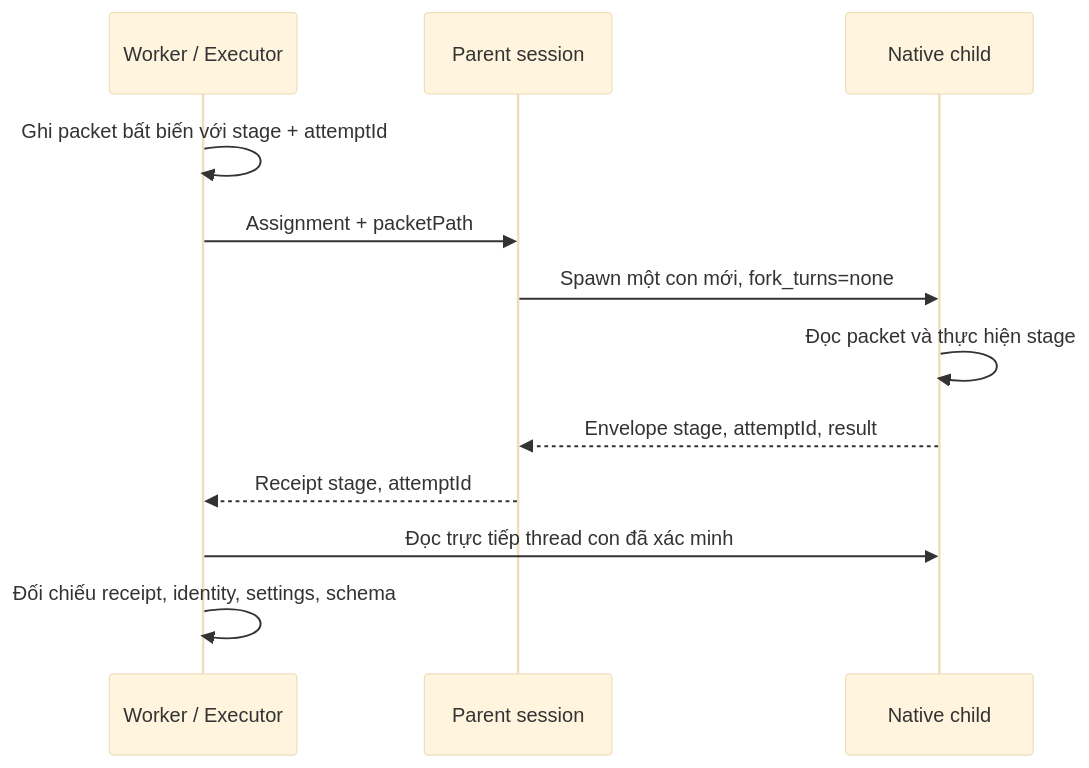
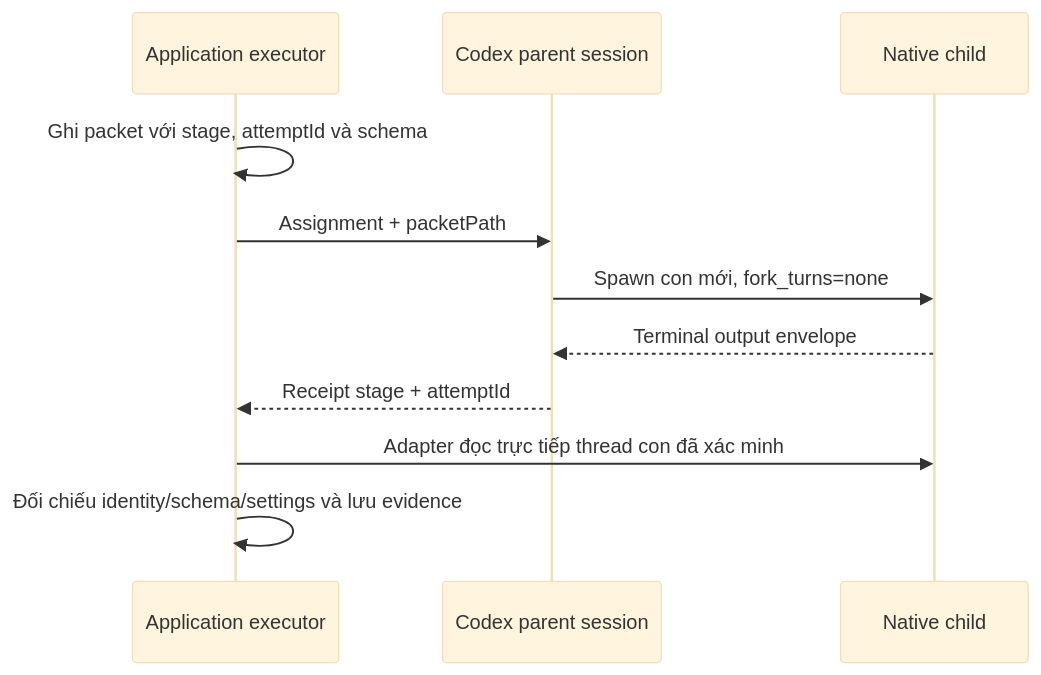
The second of 2 diagrams in docs/backend-architecture.md (anhkhoa1408/agent-harness-local), drawn with Mermaid (base theme) before and after one commit. The commit also changed other lines of this file and 283 other files, not shown here.

Commit message:
refactor: move pipeline and I/O behind clean architecture boundaries

````diff
--- a/docs/backend-architecture.md
+++ b/docs/backend-architecture.md
@@ -39,14 +32,13 @@
 ```mermaid
 sequenceDiagram
-  participant W as Worker / Executor
-  participant P as Parent session
+  participant W as Application executor
+  participant P as Codex parent session
   participant C as Native child
-  W->>W: Ghi packet bất biến với stage + attemptId
+  W->>W: Ghi packet với stage, attemptId và schema
   W->>P: Assignment + packetPath
-  P->>C: Spawn một con mới, fork_turns=none
-  C->>C: Đọc packet và thực hiện stage
-  C-->>P: Envelope stage, attemptId, result
-  P-->>W: Receipt stage, attemptId
-  W->>C: Đọc trực tiếp thread con đã xác minh
-  W->>W: Đối chiếu receipt, identity, settings, schema
+  P->>C: Spawn con mới, fork_turns=none
+  C-->>P: Terminal output envelope
+  P-->>W: Receipt stage + attemptId
+  W->>C: Adapter đọc trực tiếp thread con đã xác minh
+  W->>W: Đối chiếu identity/schema/settings và lưu evidence
 ```
````
